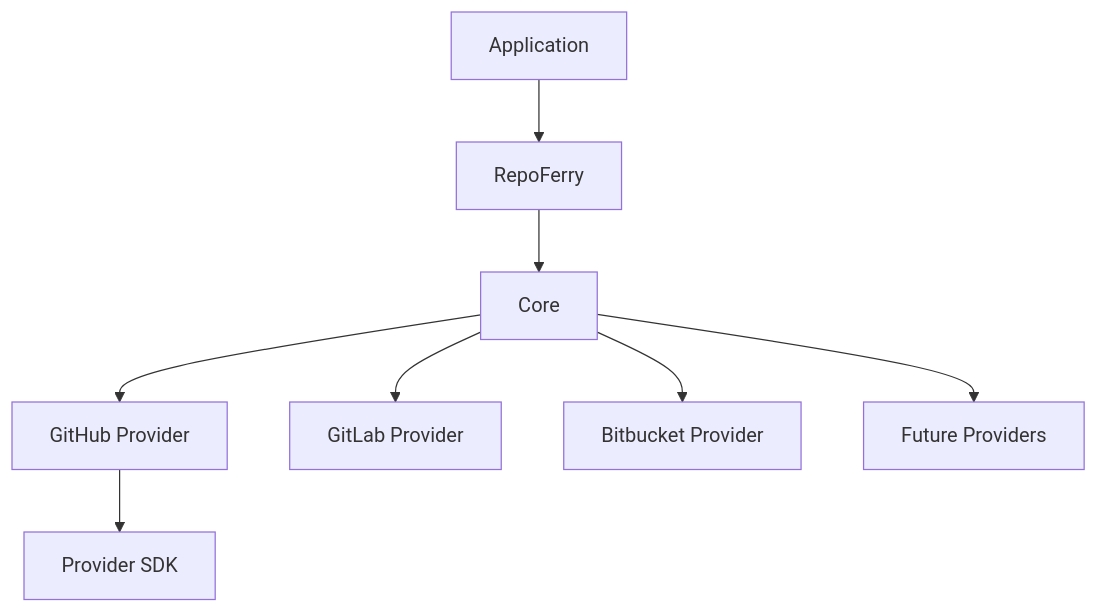
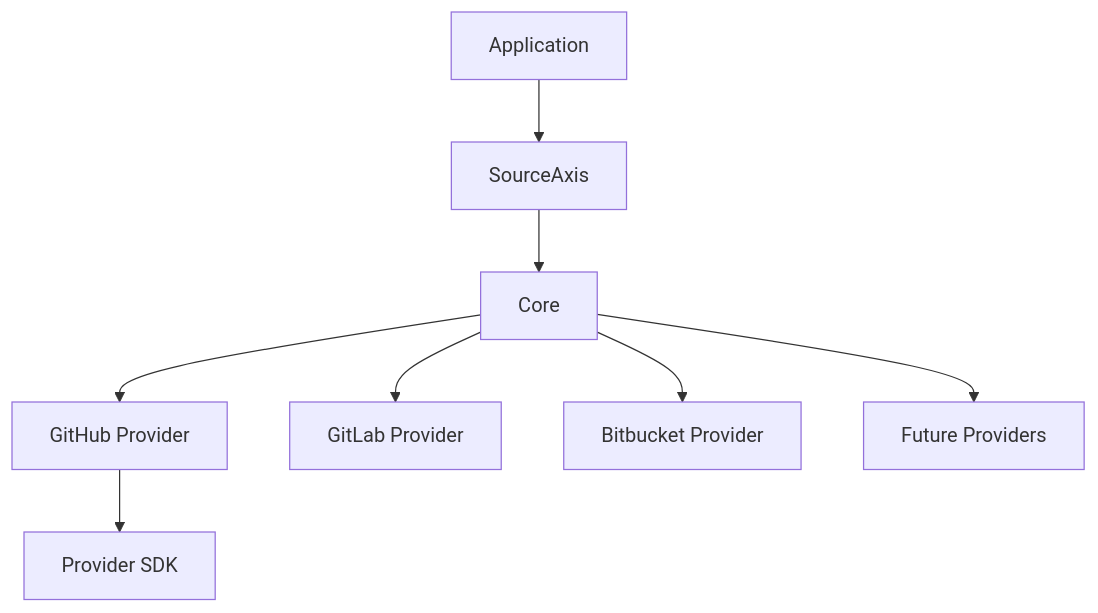
The diagram in docs/architecture/adr/ADR-001.md (mriduldey/git-bridge), drawn with Mermaid before and after one commit. The commit also changed other lines of this file and 118 other files, not shown here.

First line of the commit message:
Release v0.1.0: SourceAxis developer preview (#3)

````diff
--- a/docs/architecture/adr/ADR-001.md
+++ b/docs/architecture/adr/ADR-001.md
@@ -225,29 +225,29 @@
 ```mermaid
 flowchart TD
 
     APP["Application"]
 
-    CLIENT["RepoFerry"]
+    CLIENT["SourceAxis"]
 
     CORE["Core"]
 
     GH["GitHub Provider"]
 
     GL["GitLab Provider"]
 
     BB["Bitbucket Provider"]
 
     FUTURE["Future Providers"]
 
     SDK["Provider SDK"]
 
     APP --> CLIENT
     CLIENT --> CORE
 
     CORE --> GH
     CORE --> GL
     CORE --> BB
     CORE --> FUTURE
 
     GH --> SDK
 ```
````
